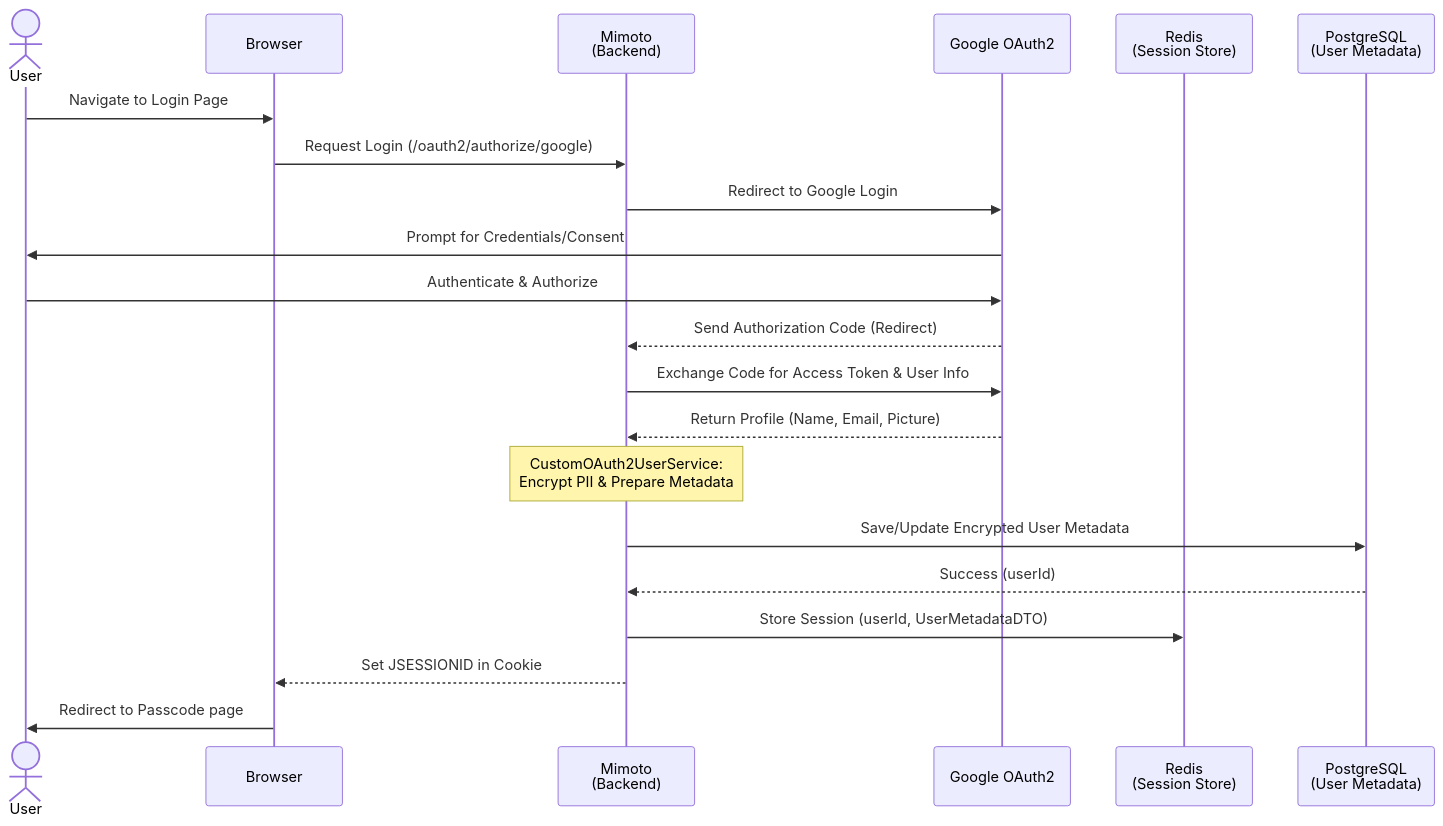
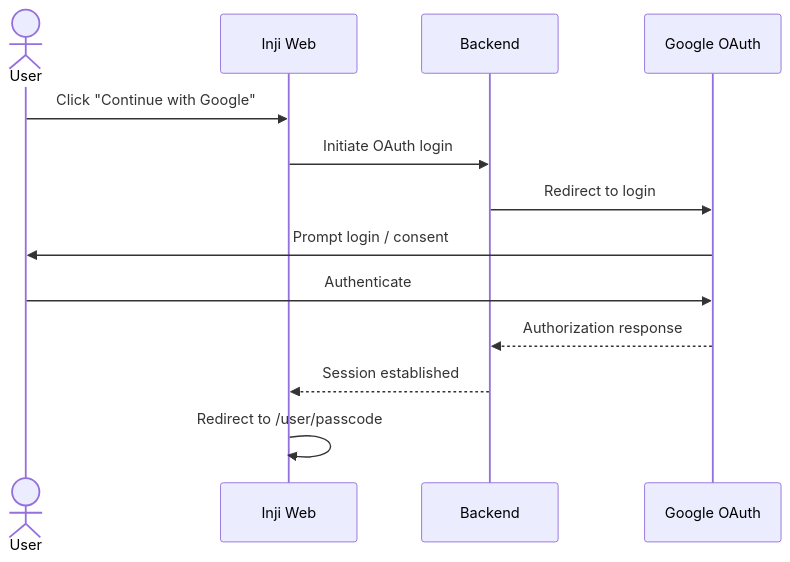
One commit to inji/inji-web changed the diagram in docs/InjiWebLoginFlow.md. Above: the diagram before and after it, drawn with Mermaid. The commit also changed other lines of this file, not shown here.

Commit message:
docs(inji-web) updated injiweb login flow

````diff
--- a/docs/InjiWebLoginFlow.md
+++ b/docs/InjiWebLoginFlow.md
@@ -70,27 +74,19 @@
 ```mermaid
 sequenceDiagram
     actor User
-    participant Browser
-    participant Mimoto as Mimoto<br/>(Backend)
-    participant Google as Google OAuth2
-    participant Redis as Redis<br/>(Session Store)
-    participant DB as PostgreSQL<br/>(User Metadata)
+    participant UI as Inji Web
+    participant Backend
+    participant Google as Google OAuth
 
-    User->>Browser: Navigate to Login Page
-    Browser->>Mimoto: Request Login (/oauth2/authorize/google)
-    Mimoto->>Google: Redirect to Google Login
-    Google->>User: Prompt for Credentials/Consent
-    User->>Google: Authenticate & Authorize
-    Google-->>Mimoto: Send Authorization Code (Redirect)
-    Mimoto->>Google: Exchange Code for Access Token & User Info
-    Google-->>Mimoto: Return Profile (Name, Email, Picture)
-    
-    Note over Mimoto: CustomOAuth2UserService: <br/>Encrypt PII & Prepare Metadata
-    
-    Mimoto->>DB: Save/Update Encrypted User Metadata
-    DB-->>Mimoto: Success (userId)
-    
-    Mimoto->>Redis: Store Session (userId, UserMetadataDTO)
-    Mimoto-->>Browser: Set JSESSIONID in Cookie
-    Browser->>User: Redirect to Passcode page
+    User->>UI: Click "Continue with Google"
+    UI->>Backend: Initiate OAuth login
+    Backend->>Google: Redirect to login
+
+    Google->>User: Prompt login / consent
+    User->>Google: Authenticate
+
+    Google-->>Backend: Authorization response
+    Backend-->>UI: Session established
+
+    UI->>UI: Redirect to /user/passcode
 ```
````
